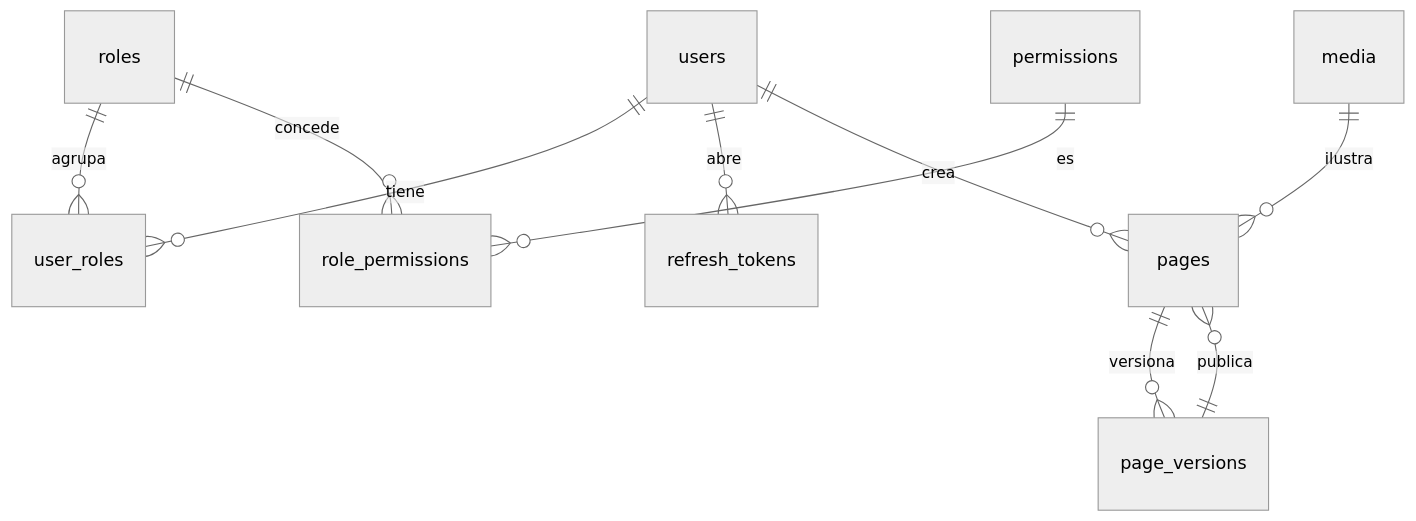
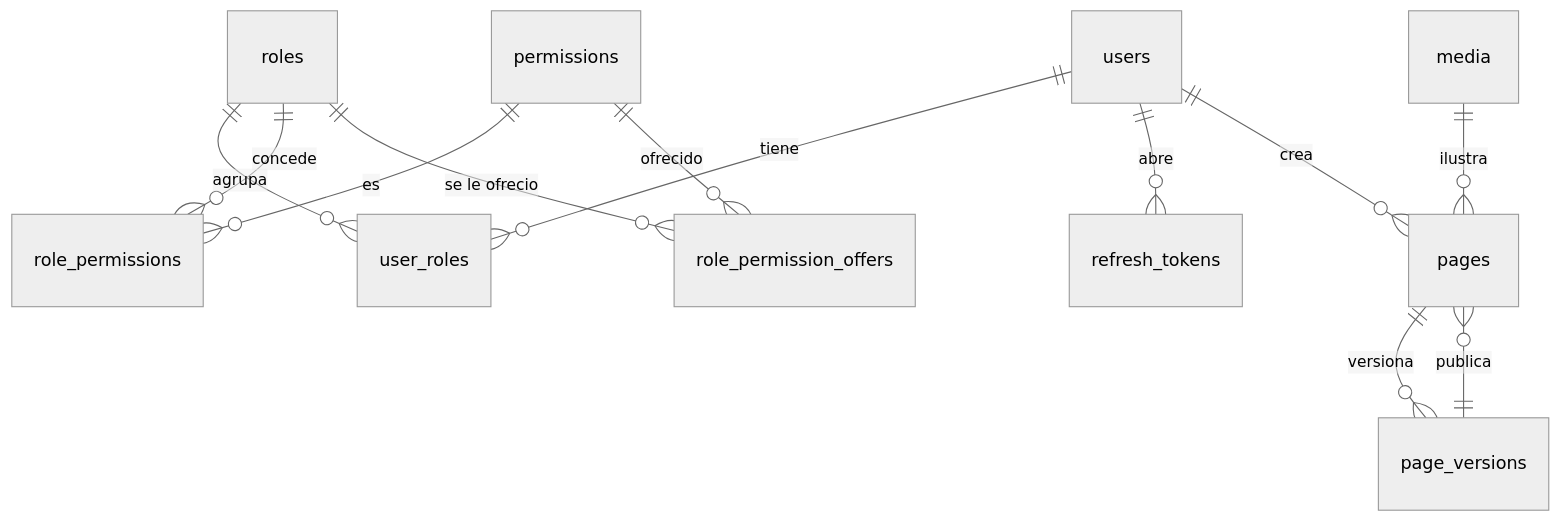
Before and after one commit to ElYares/go-starter: the diagram in docs/03-modelo-de-datos.md, drawn with Mermaid (neutral theme). The commit also changed other lines of this file, not shown here.

````diff
--- a/docs/03-modelo-de-datos.md
+++ b/docs/03-modelo-de-datos.md
@@ -261,12 +265,14 @@
 ```mermaid
 erDiagram
     users ||--o{ user_roles : tiene
     roles ||--o{ user_roles : agrupa
     roles ||--o{ role_permissions : concede
     permissions ||--o{ role_permissions : es
+    roles ||--o{ role_permission_offers : "se le ofrecio"
+    permissions ||--o{ role_permission_offers : ofrecido
     users ||--o{ refresh_tokens : abre
     users ||--o{ pages : crea
     pages ||--o{ page_versions : versiona
     pages }o--|| page_versions : publica
     media ||--o{ pages : ilustra
 ```
````
